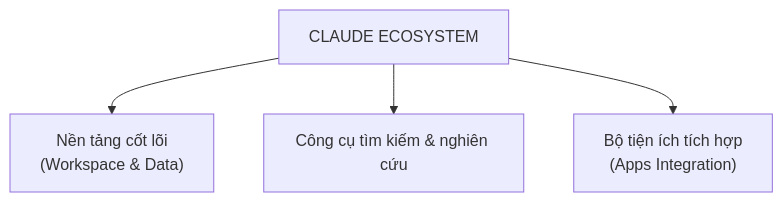
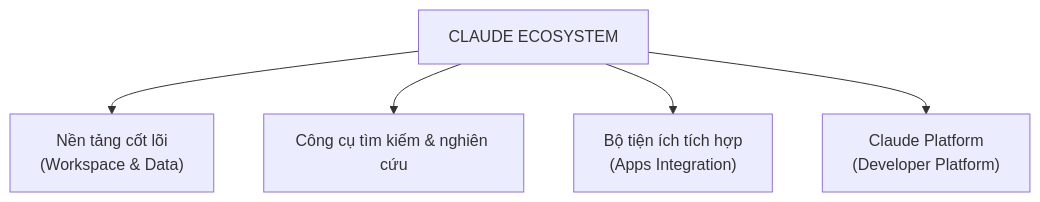
Before and after one commit to nthoang1996/claude-knowledge: the diagram in Claude Ecosystem.md, drawn with Mermaid. The commit also changed other lines of this file, not shown here.

Commit message:
Update knowledge: Claude Platform

````diff
--- a/Claude Ecosystem.md
+++ b/Claude Ecosystem.md
@@ -17,8 +17,9 @@
 ```mermaid
 graph TD
     Root["CLAUDE ECOSYSTEM"]
 
     Root --> A["Nền tảng cốt lõi<br/>(Workspace & Data)"]
     Root --> B["Công cụ tìm kiếm & nghiên cứu"]
     Root --> C["Bộ tiện ích tích hợp<br/>(Apps Integration)"]
+    Root --> D["Claude Platform<br/>(Developer Platform)"]
 ```
````
